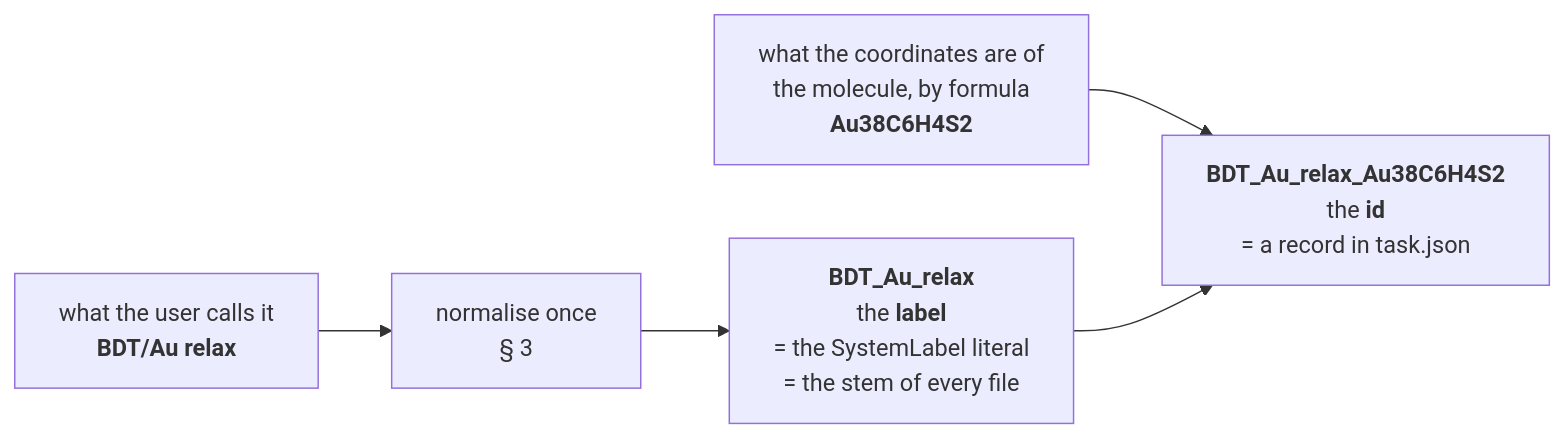
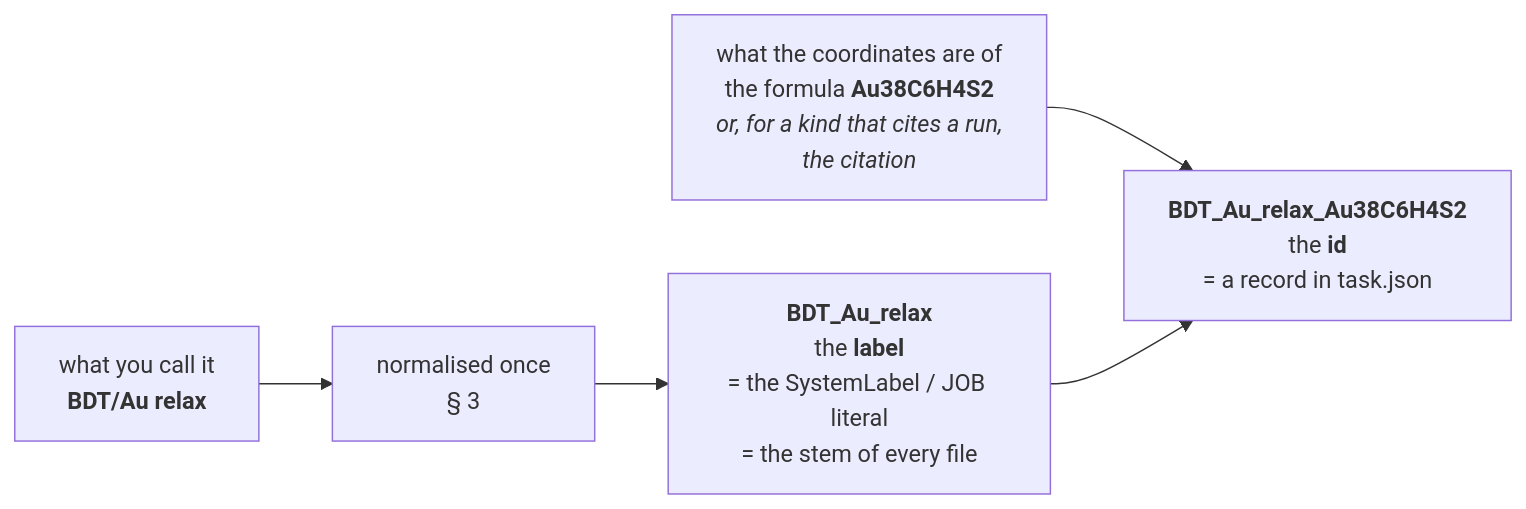
One commit to Qing-LAB/molbuilder changed the diagram in docs/execution/run-identity.md. Above: the diagram before and after it, drawn with Mermaid. The commit also changed other lines of this file and 30 other files, not shown here.

````diff
--- a/docs/execution/run-identity.md
+++ b/docs/execution/run-identity.md
@@ -73,7 +70,7 @@
 ```mermaid
 flowchart LR
-    U["what the user calls it<br/><b>BDT/Au relax</b>"] --> N["normalise once<br/>§ 3"]
-    N --> L["<b>BDT_Au_relax</b><br/>the <b>label</b><br/>= the SystemLabel literal<br/>= the stem of every file"]
-    M["what the coordinates are of<br/>the molecule, by formula<br/><b>Au38C6H4S2</b>"] --> I
+    U["what you call it<br/><b>BDT/Au relax</b>"] --> N["normalised once<br/>§ 3"]
+    N --> L["<b>BDT_Au_relax</b><br/>the <b>label</b><br/>= the SystemLabel / JOB literal<br/>= the stem of every file"]
+    M["what the coordinates are of<br/>the formula <b>Au38C6H4S2</b><br/><i>or, for a kind that cites a run,<br/>the citation</i>"] --> I
     L --> I["<b>BDT_Au_relax_Au38C6H4S2</b><br/>the <b>id</b><br/>= a record in task.json"]
 ```
````
